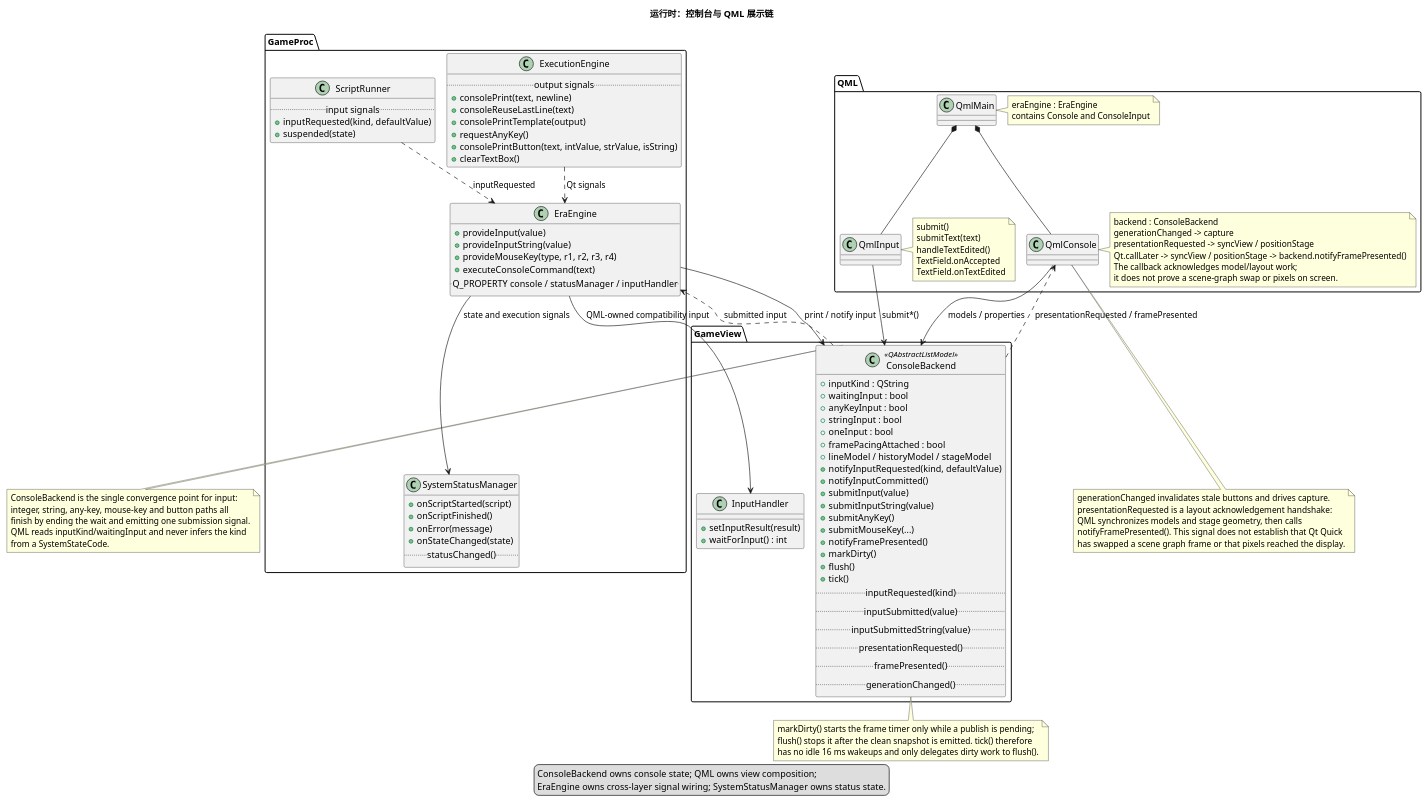
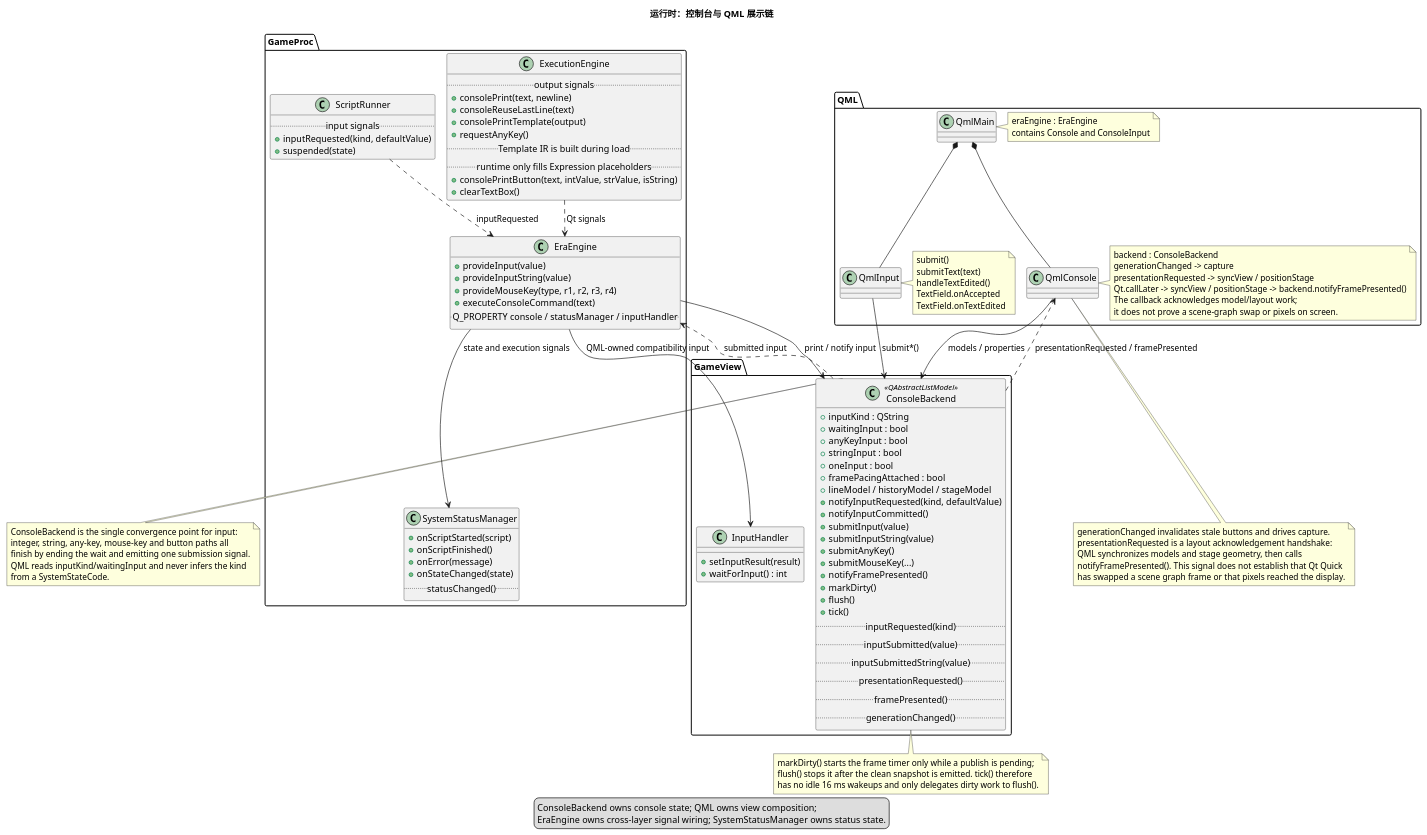
One commit to yigekuyou/qt-eraemu changed the diagram in docs/uml/04-runtime-console-qml.puml. Above: the diagram before and after it, drawn with PlantUML. The commit also changed 1 other file, not shown here.

```diff
--- a/docs/uml/04-runtime-console-qml.puml
+++ b/docs/uml/04-runtime-console-qml.puml
@@ -1,143 +1,145 @@
 @startuml 04-runtime-console-qml
 !pragma layout smetana
 ' 运行时责任 3/4：输出、输入桥接与 QML 呈现
 ' 来源：eraengine.cpp, GameProc/execution_engine.h, GameView/console_backend.h,
 '       GameView/system_status_manager.h, GameView/input_handler.h, qml/Console.qml,
 '       qml/ConsoleInput.qml
 
 title 运行时：控制台与 QML 展示链
 
 package "GameProc" {
   class ExecutionEngine {
     .. output signals ..
     + consolePrint(text, newline)
     + consoleReuseLastLine(text)
     + consolePrintTemplate(output)
     + requestAnyKey()
+    .. Template IR is built during load ..
+    .. runtime only fills Expression placeholders ..
     + consolePrintButton(text, intValue, strValue, isString)
     + clearTextBox()
   }
 
   class ScriptRunner {
     .. input signals ..
     + inputRequested(kind, defaultValue)
     + suspended(state)
   }
 
   class EraEngine {
     + provideInput(value)
     + provideInputString(value)
     + provideMouseKey(type, r1, r2, r3, r4)
     + executeConsoleCommand(text)
     .. Q_PROPERTY console / statusManager / inputHandler ..
   }
 
   class SystemStatusManager {
     + onScriptStarted(script)
     + onScriptFinished()
     + onError(message)
     + onStateChanged(state)
     .. statusChanged() ..
   }
 }
 
 package "GameView" {
   class ConsoleBackend <<QAbstractListModel>> {
     + inputKind : QString
     + waitingInput : bool
     + anyKeyInput : bool
     + stringInput : bool
     + oneInput : bool
     + framePacingAttached : bool
     + lineModel / historyModel / stageModel
     + notifyInputRequested(kind, defaultValue)
     + notifyInputCommitted()
     + submitInput(value)
     + submitInputString(value)
     + submitAnyKey()
     + submitMouseKey(...)
     + notifyFramePresented()
     + markDirty()
     + flush()
     + tick()
     .. inputRequested(kind) ..
     .. inputSubmitted(value) ..
     .. inputSubmittedString(value) ..
     .. presentationRequested() ..
     .. framePresented() ..
     .. generationChanged() ..
   }
 
   class InputHandler {
     + setInputResult(result)
     + waitForInput() : int
   }
 }
 
 package "QML" {
   class QmlConsole
   class QmlInput
   class QmlMain
 
   note right of QmlConsole
     backend : ConsoleBackend
     generationChanged -> capture
     presentationRequested -> syncView / positionStage
     Qt.callLater -> syncView / positionStage -> backend.notifyFramePresented()
     The callback acknowledges model/layout work;
     it does not prove a scene-graph swap or pixels on screen.
   end note
 
   note right of QmlInput
     submit()
     submitText(text)
     handleTextEdited()
     TextField.onAccepted
     TextField.onTextEdited
   end note
 
   note right of QmlMain
     eraEngine : EraEngine
     contains Console and ConsoleInput
   end note
 }
 
 ExecutionEngine ..> EraEngine : Qt signals
 ScriptRunner ..> EraEngine : inputRequested
 EraEngine --> ConsoleBackend : print / notify input
 ConsoleBackend ..> EraEngine : submitted input
 EraEngine --> SystemStatusManager : state and execution signals
 EraEngine --> InputHandler : QML-owned compatibility input
 QmlMain *-- QmlConsole
 QmlMain *-- QmlInput
 QmlConsole --> ConsoleBackend : models / properties
 QmlInput --> ConsoleBackend : submit*()
 ConsoleBackend ..> QmlConsole : presentationRequested / framePresented
 
 note right of ConsoleBackend
   ConsoleBackend is the single convergence point for input:
   integer, string, any-key, mouse-key and button paths all
   finish by ending the wait and emitting one submission signal.
   QML reads inputKind/waitingInput and never infers the kind
   from a SystemStateCode.
 end note
 
 note bottom of QmlConsole
   generationChanged invalidates stale buttons and drives capture.
   presentationRequested is a layout acknowledgement handshake:
   QML synchronizes models and stage geometry, then calls
   notifyFramePresented(). This signal does not establish that Qt Quick
   has swapped a scene graph frame or that pixels reached the display.
 end note
 
 note bottom of ConsoleBackend
   markDirty() starts the frame timer only while a publish is pending;
   flush() stops it after the clean snapshot is emitted. tick() therefore
   has no idle 16 ms wakeups and only delegates dirty work to flush().
 end note
 
 legend bottom
   ConsoleBackend owns console state; QML owns view composition;
   EraEngine owns cross-layer signal wiring; SystemStatusManager owns status state.
 endlegend
 @enduml
```
